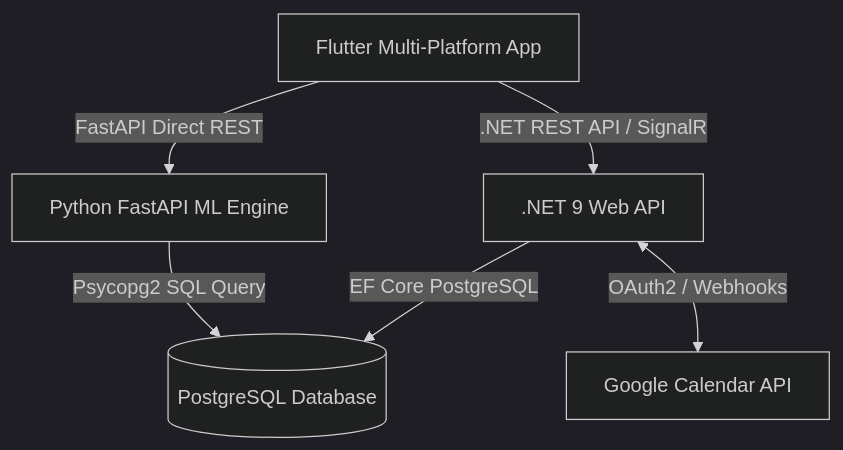
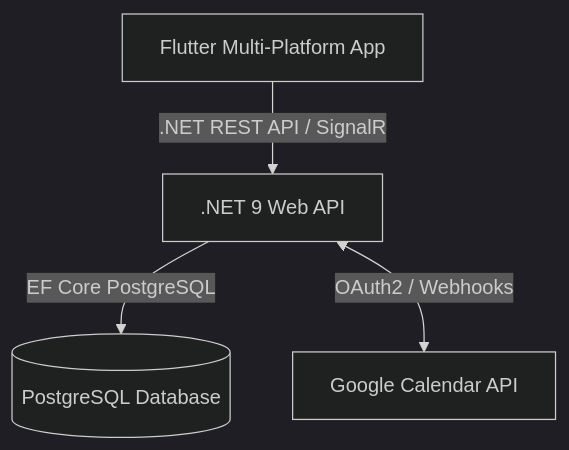
Before and after one commit to jessiicamaru/events-management: the diagram in docs/PRD_PRODUCT_AND_ARCHITECTURE.md, drawn with Mermaid (dark theme). The commit also changed other lines of this file and 1 other file, not shown here.

Commit message:
docs: remove machine learning components from PRDs and architecture specifications

````diff
--- a/docs/PRD_PRODUCT_AND_ARCHITECTURE.md
+++ b/docs/PRD_PRODUCT_AND_ARCHITECTURE.md
@@ -18,8 +18,6 @@
 ```mermaid
 graph TD
     Client[Flutter Multi-Platform App] -->|.NET REST API / SignalR| Backend[.NET 9 Web API]
-    Client -->|FastAPI Direct REST| ML[Python FastAPI ML Engine]
     Backend -->|EF Core PostgreSQL| DB[(PostgreSQL Database)]
-    ML -->|Psycopg2 SQL Query| DB
     Backend <-->|OAuth2 / Webhooks| GCal[Google Calendar API]
 ```
````
